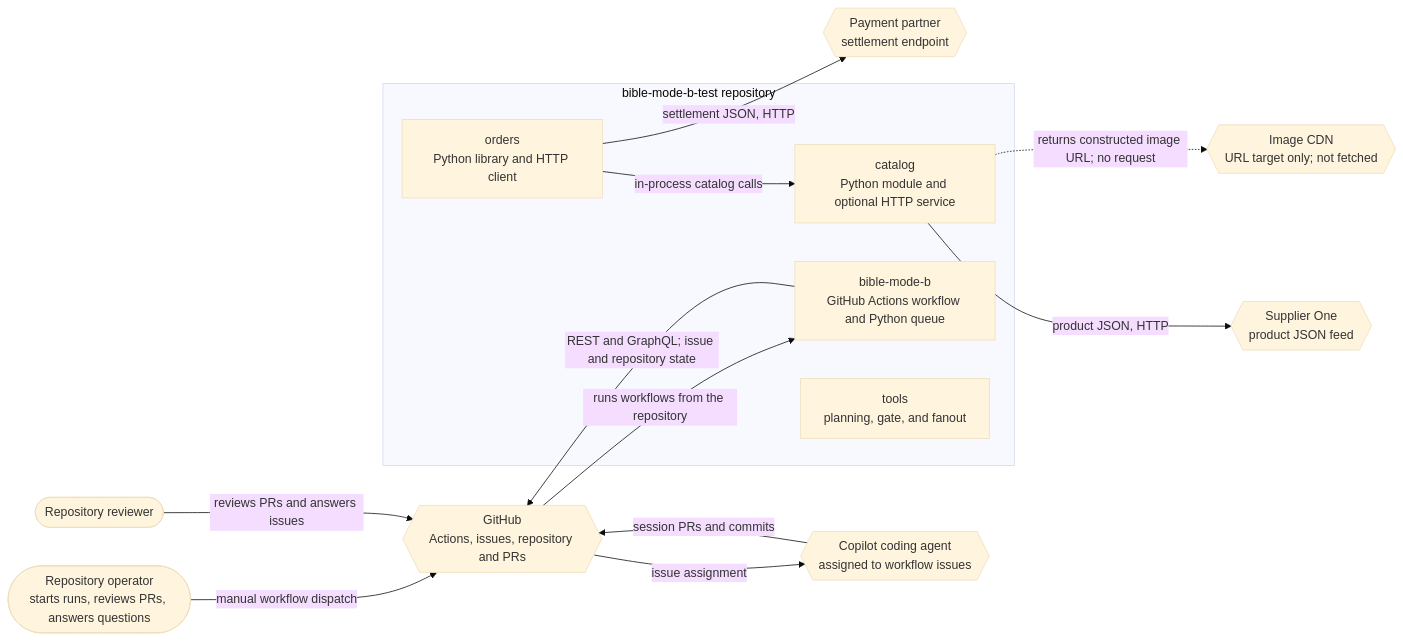
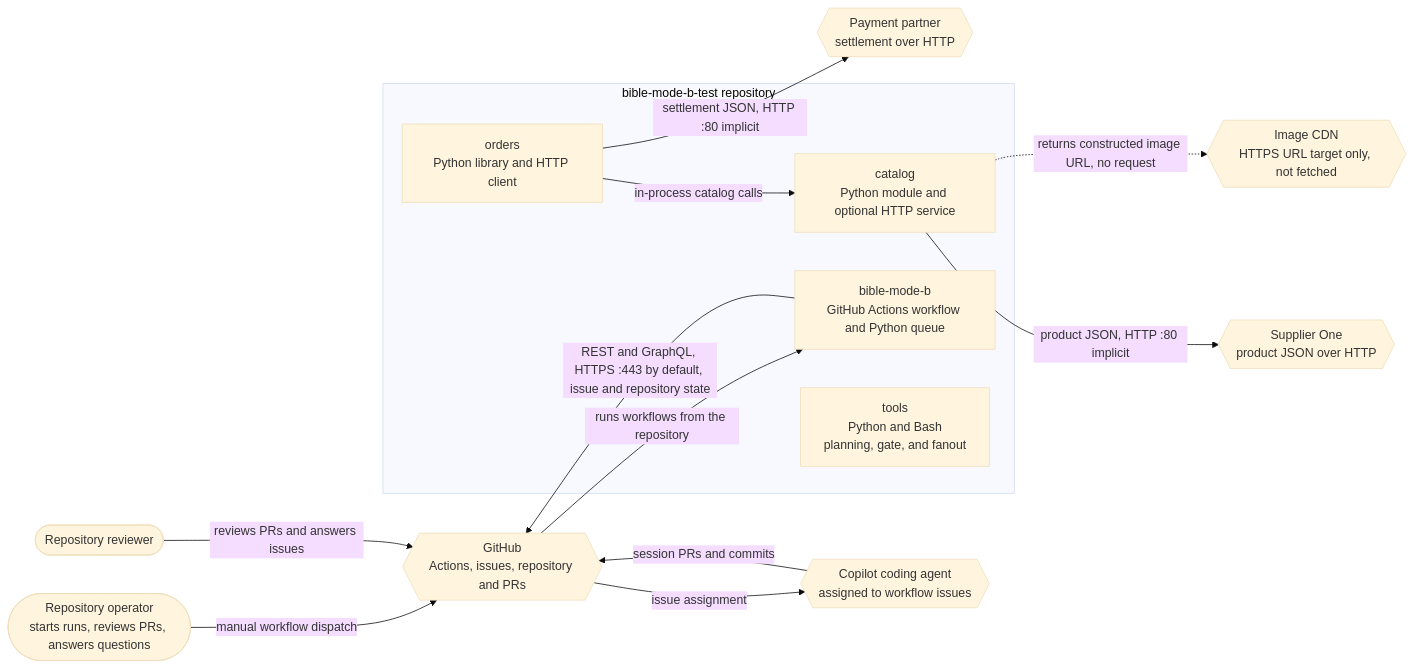
One commit to vishalc412/bible-mode-b-test changed the diagram in codebase-analysis/hld/01-system-context.md. Above: the diagram before and after it, drawn with Mermaid (base theme). The commit also changed 27 other files, not shown here.

````diff
--- a/codebase-analysis/hld/01-system-context.md
+++ b/codebase-analysis/hld/01-system-context.md
@@ -25,26 +25,26 @@
 ```mermaid
 flowchart LR
   operator(["Repository operator<br/>starts runs, reviews PRs, answers questions"])
   reviewer(["Repository reviewer"])
   subgraph sample["bible-mode-b-test repository"]
     catalog["catalog<br/>Python module and optional HTTP service"]
     orders["orders<br/>Python library and HTTP client"]
     queue["bible-mode-b<br/>GitHub Actions workflow and Python queue"]
-    tools["tools<br/>planning, gate, and fanout"]
+    tools["tools<br/>Python and Bash<br/>planning, gate, and fanout"]
   end
   github{{"GitHub<br/>Actions, issues, repository and PRs"}}
   copilot{{"Copilot coding agent<br/>assigned to workflow issues"}}
-  supplier{{"Supplier One<br/>product JSON feed"}}
-  partner{{"Payment partner<br/>settlement endpoint"}}
-  cdn{{"Image CDN<br/>URL target only; not fetched"}}
+  supplier{{"Supplier One<br/>product JSON over HTTP"}}
+  partner{{"Payment partner<br/>settlement over HTTP"}}
+  cdn{{"Image CDN<br/>HTTPS URL target only, not fetched"}}
   operator -->|"manual workflow dispatch"| github
   reviewer -->|"reviews PRs and answers issues"| github
   github -->|"runs workflows from the repository"| queue
-  queue -->|"REST and GraphQL; issue and repository state"| github
+  queue -->|"REST and GraphQL, HTTPS :443 by default, issue and repository state"| github
   github -->|"issue assignment"| copilot
   copilot -->|"session PRs and commits"| github
   orders -->|"in-process catalog calls"| catalog
-  catalog -->|"product JSON, HTTP"| supplier
-  orders -->|"settlement JSON, HTTP"| partner
-  catalog -.->|"returns constructed image URL; no request"| cdn
+  catalog -->|"product JSON, HTTP :80 implicit"| supplier
+  orders -->|"settlement JSON, HTTP :80 implicit"| partner
+  catalog -.->|"returns constructed image URL, no request"| cdn
 ```
````
